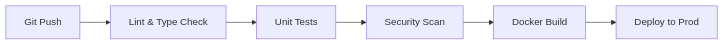
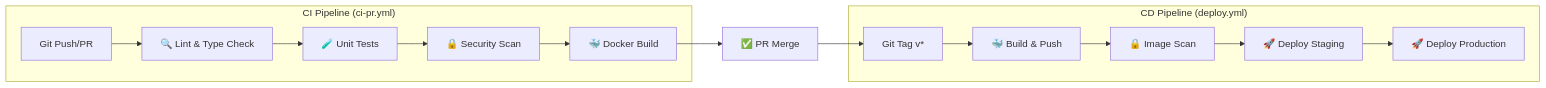
One commit to neacisu/cerniq_app_v0.0.1 changed the first of 2 diagrams in docs/infrastructure/ci-cd-pipeline.md. Above: the diagram before and after it, drawn with Mermaid. The commit also changed other lines of this file and 29 other files, not shown here.

````diff
--- a/docs/infrastructure/ci-cd-pipeline.md
+++ b/docs/infrastructure/ci-cd-pipeline.md
@@ -8,8 +23,19 @@
 ```mermaid
 graph LR
-    Push[Git Push] --> Lint[Lint & Type Check]
-    Lint --> Unit[Unit Tests]
-    Unit --> Scan[Security Scan]
-    Scan --> Build[Docker Build]
-    Build --> Deploy[Deploy to Prod]
+    subgraph CI ["CI Pipeline (ci-pr.yml)"]
+        Push[Git Push/PR] --> Lint[🔍 Lint & Type Check]
+        Lint --> Test[🧪 Unit Tests]
+        Test --> Security[🔒 Security Scan]
+        Security --> Build[🐳 Docker Build]
+    end
+    
+    subgraph CD ["CD Pipeline (deploy.yml)"]
+        Tag[Git Tag v*] --> BuildPush[🐳 Build & Push]
+        BuildPush --> Scan[🔒 Image Scan]
+        Scan --> Staging[🚀 Deploy Staging]
+        Staging --> Prod[🚀 Deploy Production]
+    end
+    
+    Build --> Merge[✅ PR Merge]
+    Merge --> Tag
 ```
````
